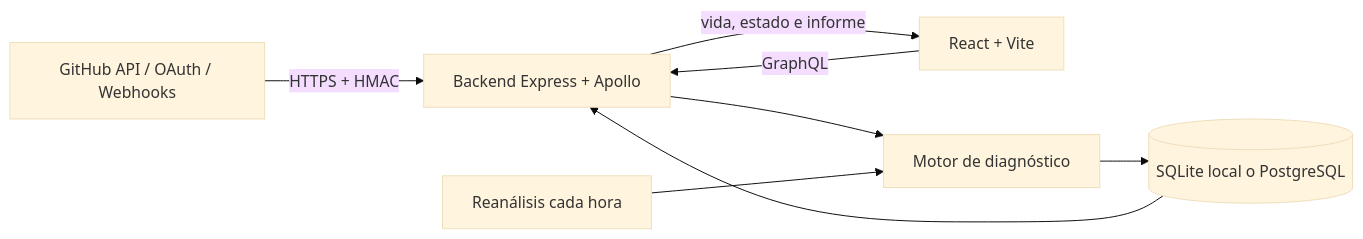
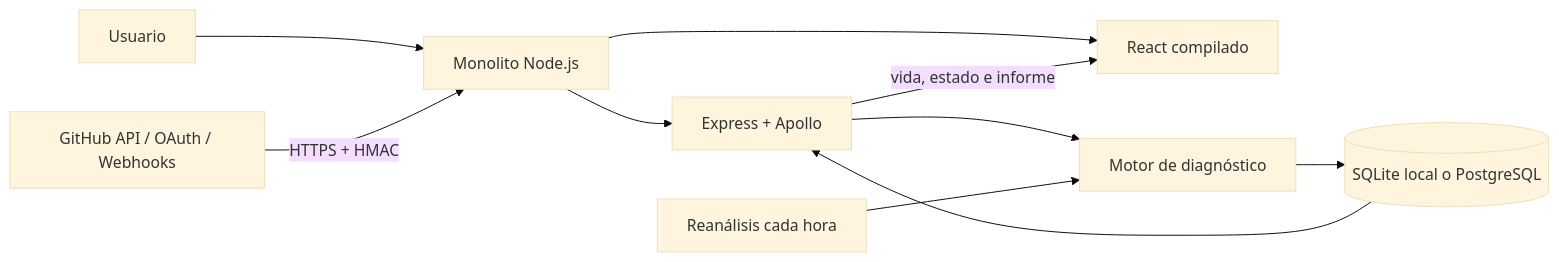
One commit to ksmkk/DevGotchi changed the diagram in README.md. Above: the diagram before and after it, drawn with Mermaid (base theme). The commit also changed other lines of this file and 38 other files, not shown here.

````diff
--- a/README.md
+++ b/README.md
@@ -17,10 +18,12 @@
 ```mermaid
 flowchart LR
-  GitHub[GitHub API / OAuth / Webhooks] -->|HTTPS + HMAC| API[Backend Express + Apollo]
-  UI[React + Vite] -->|GraphQL| API
+  User[Usuario] --> App[Monolito Node.js]
+  GitHub[GitHub API / OAuth / Webhooks] -->|HTTPS + HMAC| App
+  App --> UI[React compilado]
+  App --> API[Express + Apollo]
   API --> Engine[Motor de diagnóstico]
   Cron[Reanálisis cada hora] --> Engine
   Engine --> DB[(SQLite local o PostgreSQL)]
   DB --> API
   API -->|vida, estado e informe| UI
 ```
````
